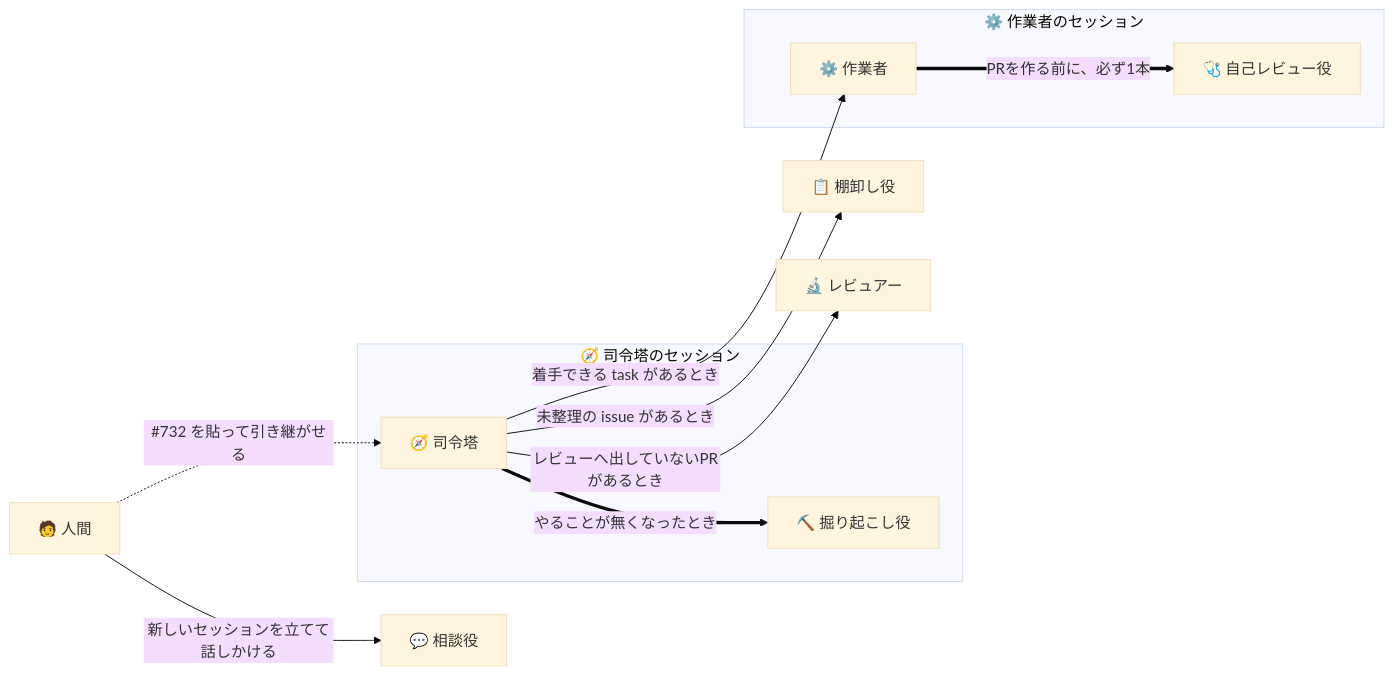
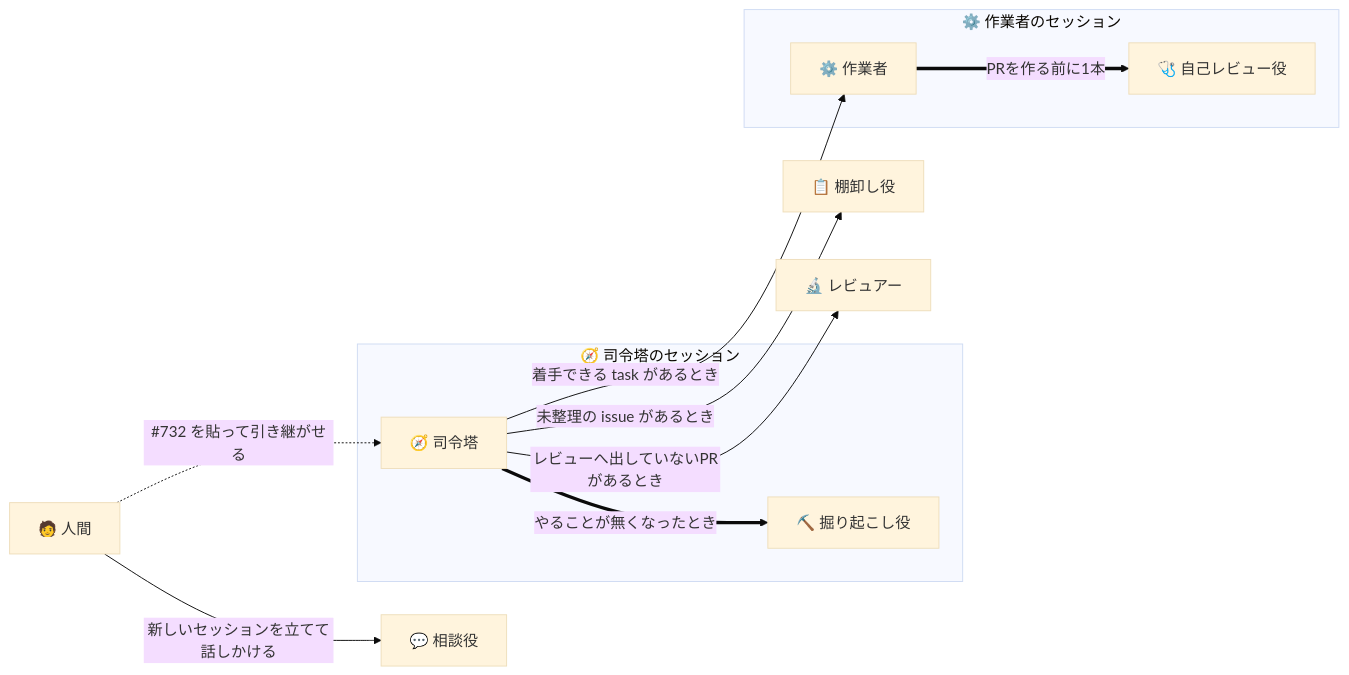
One commit to gooyyu1/UnmappedIsland changed the first of 5 diagrams in docs/ParallelAgents.md. Above: the diagram before and after it, drawn with Mermaid (base theme). The commit also changed other lines of this file and 2 other files, not shown here.

Commit message:
issue を持たないPRを、観点の前提から漏らさない
司令塔と相談役のPRは `Closes` も担当の列挙も持たないのに、観点は「`Closes` が要る」「担当に無い
ファイル」を無条件で書いていた。観点どおりに読むと毎回そこが挙がり、往復が1回増える——このPRが
削ろうとしている費用そのものなので、見る対象が2つになる相手として観点の側に書く。

全体像の側で「PRを作る前に必ず1本」と絶対に書いていたのも、抜け道（立てられない環境では理由を
1行書いて自分で通す）と食い違うので揃える。

````diff
--- a/docs/ParallelAgents.md
+++ b/docs/ParallelAgents.md
@@ -28,25 +28,25 @@
 ```mermaid
 flowchart LR
     Human["🧑 人間"]
     Adviser["💬 相談役"]
     Triage["📋 棚卸し役"]
     Reviewer["🔬 レビュアー"]
 
     subgraph CmdSession["🧭 司令塔のセッション"]
         Cmd["🧭 司令塔"]
         Digger["⛏️ 掘り起こし役"]
     end
 
     subgraph WorkerSession["⚙️ 作業者のセッション"]
         Worker["⚙️ 作業者"]
         SelfReview["🩺 自己レビュー役"]
     end
 
     Human -->|"新しいセッションを立てて話しかける"| Adviser
     Human -.->|"#732 を貼って引き継がせる"| Cmd
     Cmd ==>|"やることが無くなったとき"| Digger
     Cmd -->|"未整理の issue があるとき"| Triage
     Cmd -->|"着手できる task があるとき"| Worker
     Cmd -->|"レビューへ出していないPRがあるとき"| Reviewer
-    Worker ==>|"PRを作る前に、必ず1本"| SelfReview
+    Worker ==>|"PRを作る前に1本"| SelfReview
 ```
````
